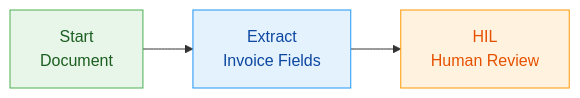
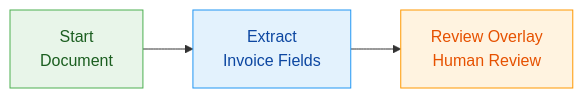
One commit to retab-dev/docs changed the first of 2 diagrams in workflows/Workflows.mdx. Above: the diagram before and after it, drawn with Mermaid. The commit also changed other lines of this file and 17 other files, not shown here.

````diff
--- a/workflows/Workflows.mdx
+++ b/workflows/Workflows.mdx
@@ -783,9 +783,9 @@
 ```mermaid
 flowchart LR
     A[Start\nDocument] --> B[Extract\nInvoice Fields]
-    B --> C[HIL\nHuman Review]
+    B --> C[Review Overlay\nHuman Review]
 
     style A fill:#e8f5e9,stroke:#4caf50,color:#1b5e20
     style B fill:#e3f2fd,stroke:#2196f3,color:#0d47a1
     style C fill:#fff3e0,stroke:#ff9800,color:#e65100
 ```
````
